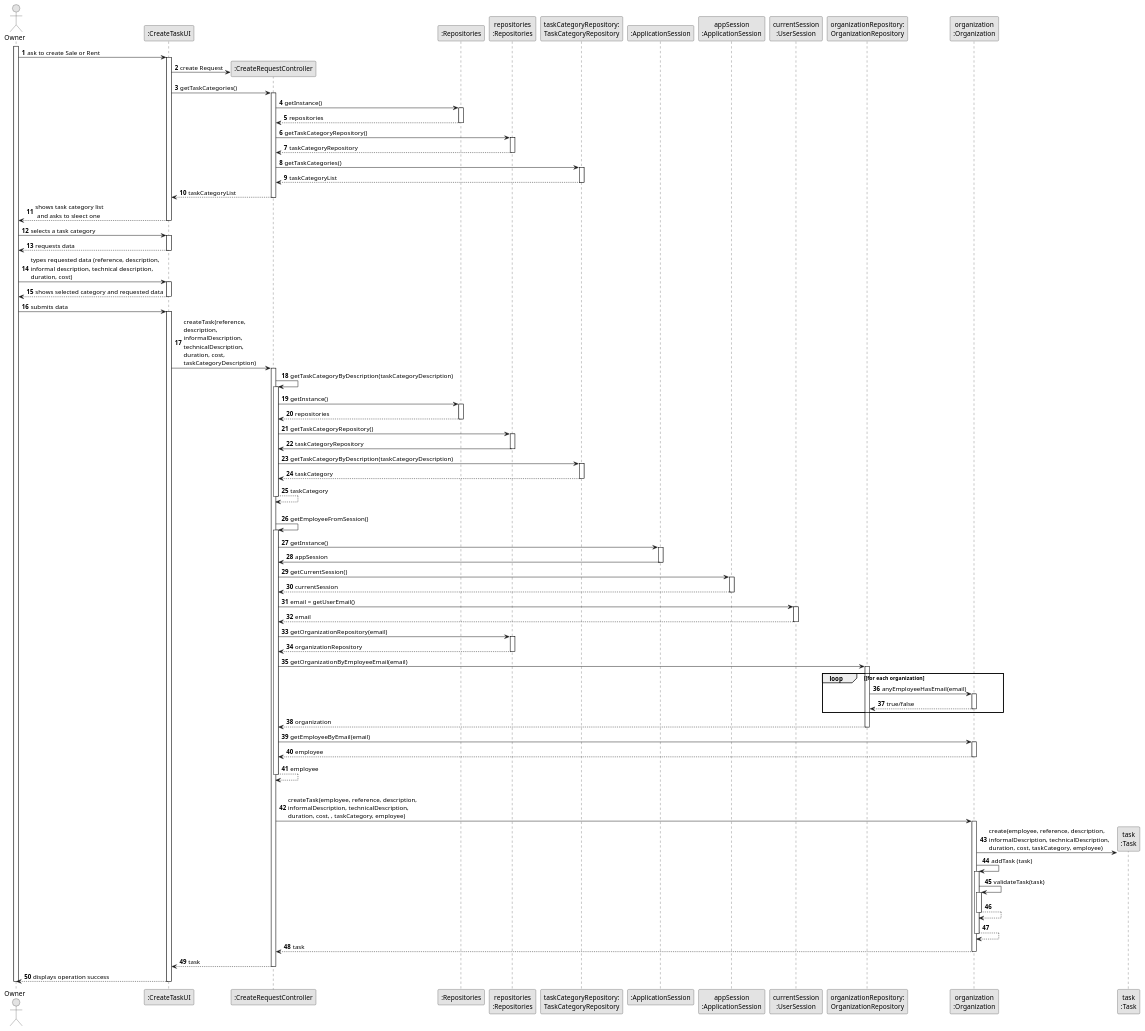
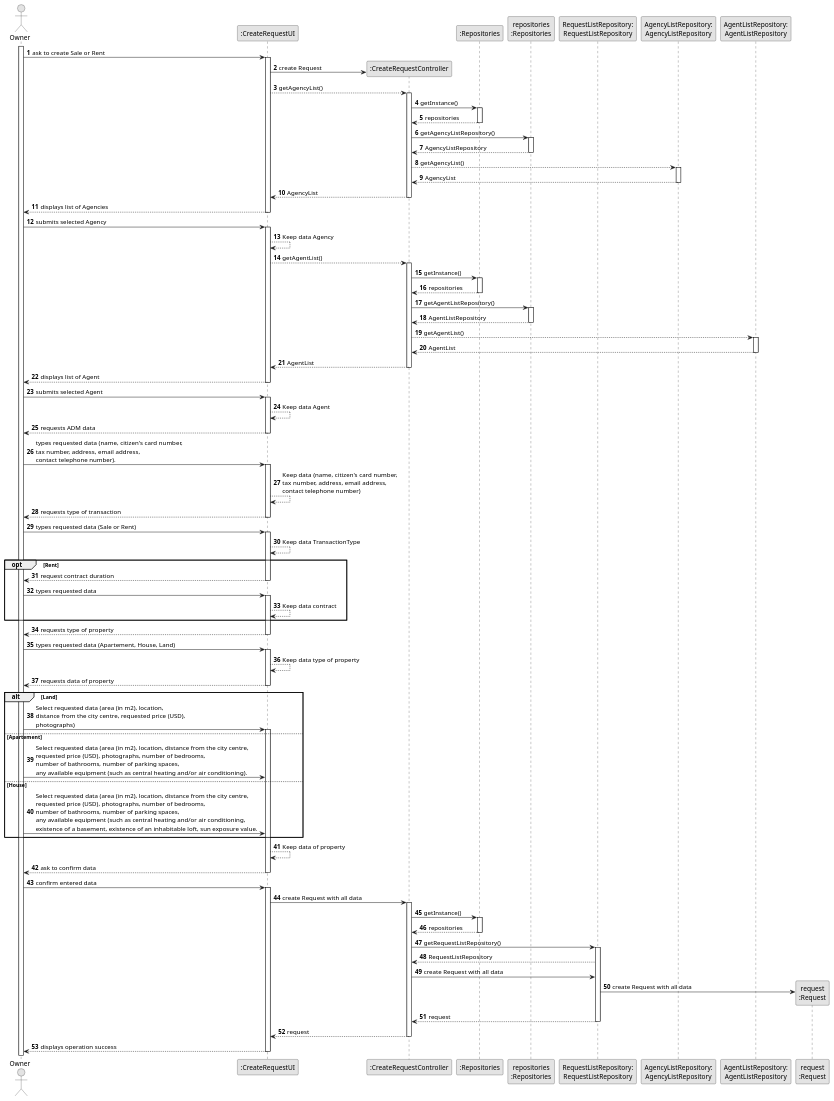
The diagram in docs/sprintB/us004/03.design/puml/us004-sequence-diagram-full.puml (Goncalves2525/real-estate-management-system), drawn with PlantUML before and after one commit. The commit also changed 2 other files, not shown here.

```diff
--- a/docs/sprintB/us004/03.design/puml/us004-sequence-diagram-full.puml
+++ b/docs/sprintB/us004/03.design/puml/us004-sequence-diagram-full.puml
@@ -1,179 +1,182 @@
 @startuml
 skinparam monochrome true
 skinparam packageStyle rectangle
 skinparam shadowing false
 
 autonumber
 
 'hide footbox
 actor "Owner" as ADM
-participant ":CreateTaskUI" as UI
+participant ":CreateRequestUI" as UI
 participant ":CreateRequestController" as CTRL
 participant ":Repositories" as RepositorySingleton
 participant "repositories\n:Repositories" as PLAT
-participant "taskCategoryRepository:\nTaskCategoryRepository" as TaskCategoryRepository
-participant ":ApplicationSession" as _APP
-participant "appSession\n:ApplicationSession" as APP
-participant "currentSession\n:UserSession" as SESSAO
-participant "organizationRepository:\nOrganizationRepository" as OrganizationRepository
-participant "organization\n:Organization" as ORG
-participant "task\n:Task" as TAREFA
+participant "RequestListRepository:\nRequestListRepository" as RequestListRepository
+participant "AgencyListRepository:\nAgencyListRepository" as AgencyListRepository
+participant "AgentListRepository:\nAgentListRepository" as AgentListRepository
+'participant "OwnerListRepository:\nOwnerListRepository" as OwnerListRepository
+participant "request\n:Request" as REQUEST
+
 
 activate ADM
 
         ADM -> UI : ask to create Sale or Rent
 
         activate UI
 
+            UI -> CTRL** : create Request
+                UI --> CTRL : getAgencyList()
+                activate CTRL
 
-            UI -> CTRL** : create Request
+                 CTRL -> RepositorySingleton : getInstance()
 
-            UI -> CTRL : getTaskCategories()
-            activate CTRL
+                 activate RepositorySingleton
 
-                CTRL -> RepositorySingleton : getInstance()
-                activate RepositorySingleton
+                 RepositorySingleton --> CTRL: repositories
 
-                    RepositorySingleton --> CTRL: repositories
-                deactivate RepositorySingleton
+                 deactivate RepositorySingleton
 
-                CTRL -> PLAT : getTaskCategoryRepository()
-                activate PLAT
+                  CTRL -> PLAT : getAgencyListRepository()
+                  activate PLAT
 
-                    PLAT --> CTRL: taskCategoryRepository
-                deactivate PLAT
+                  PLAT --> CTRL: AgencyListRepository
+                  deactivate PLAT
 
-                CTRL -> TaskCategoryRepository : getTaskCategories()
-                activate TaskCategoryRepository
+                CTRL --> AgencyListRepository : getAgencyList()
 
-                    TaskCategoryRepository --> CTRL : taskCategoryList
-                deactivate TaskCategoryRepository
+                activate AgencyListRepository
 
-                CTRL --> UI : taskCategoryList
-            deactivate CTRL
+                AgencyListRepository --> CTRL : AgencyList
 
-            UI --> ADM : shows task category list\n and asks to sleect one
-        deactivate UI
+                deactivate AgencyListRepository
+                CTRL--> UI : AgencyList
+                deactivate
 
-    ADM -> UI : selects a task category
-    activate UI
+                UI --> ADM : displays list of Agencies
 
-        UI --> ADM : requests data
-    deactivate UI
+                deactivate  UI
 
-    ADM -> UI : types requested data (reference, description, \ninformal description, technical description,\nduration, cost)
-    activate UI
+                    ADM -> UI :submits selected Agency
 
-        UI --> ADM : shows selected category and requested data
-    deactivate UI
+                activate UI
+                UI --> UI : Keep data Agency
+                UI --> CTRL : getAgentList()
+                activate CTRL
 
-    ADM -> UI : submits data
-    activate UI
+                 CTRL -> RepositorySingleton : getInstance()
 
-        UI -> CTRL : createTask(reference,\ndescription,\ninformalDescription,\ntechnicalDescription,\nduration, cost,\ntaskCategoryDescription)
-        activate CTRL
+                 activate RepositorySingleton
 
-            CTRL -> CTRL : getTaskCategoryByDescription(taskCategoryDescription)
-            activate CTRL
+                 RepositorySingleton --> CTRL: repositories
 
-                CTRL -> RepositorySingleton : getInstance()
-                activate RepositorySingleton
+                 deactivate RepositorySingleton
 
-                    RepositorySingleton --> CTRL: repositories
-                deactivate RepositorySingleton
+                 CTRL -> PLAT : getAgentListRepository()
+                 activate PLAT
 
-                CTRL -> PLAT : getTaskCategoryRepository()
-                activate PLAT
-
-                    PLAT -> CTRL : taskCategoryRepository
-                deactivate PLAT
-
-                CTRL -> TaskCategoryRepository : getTaskCategoryByDescription(taskCategoryDescription)
-                activate TaskCategoryRepository
-
-                    TaskCategoryRepository --> CTRL : taskCategory
-                deactivate TaskCategoryRepository
-                    CTRL --> CTRL : taskCategory
-            deactivate CTRL
-
-            |||
-            CTRL -> CTRL : getEmployeeFromSession()
-            activate CTRL
-
-                CTRL -> _APP: getInstance()
-                activate _APP
-                    _APP -> CTRL: appSession
-                deactivate _APP
+                 PLAT --> CTRL: AgentListRepository
+                 deactivate PLAT
 
 
-                CTRL -> APP: getCurrentSession()
-                activate APP
 
-                    APP --> CTRL: currentSession
-                deactivate APP
+                CTRL --> AgentListRepository : getAgentList()
+                activate AgentListRepository
 
-                CTRL -> SESSAO: email = getUserEmail()
-                activate SESSAO
+                AgentListRepository --> CTRL : AgentList
+                deactivate AgentListRepository
+                CTRL--> UI : AgentList
+                deactivate CTRL
 
-                    SESSAO --> CTRL: email
-                deactivate SESSAO
+                UI --> ADM :displays list of Agent
+                deactivate UI
 
 
-                CTRL -> PLAT: getOrganizationRepository(email)
-                activate PLAT
-
-                    PLAT --> CTRL: organizationRepository
-                deactivate PLAT
+                ADM -> UI : submits selected Agent
+                activate UI
+                UI --> UI : Keep data Agent
 
 
-                CTRL -> OrganizationRepository: getOrganizationByEmployeeEmail(email)
-                activate OrganizationRepository
+                'UI --> : getOwnerListCharactristics()
 
-                    loop [for each organization
-                        OrganizationRepository -> ORG : anyEmployeeHasEmail(email)
-                        activate ORG
+                UI --> ADM : requests ADM data
+                deactivate UI
 
-                             ORG --> OrganizationRepository : true/false
-                        deactivate ORG
-                    end
-                    OrganizationRepository --> CTRL : organization
-                deactivate OrganizationRepository
+                    ADM -> UI : types requested data (name, citizen's card number, \ntax number, address, email address, \ncontact telephone number).
 
-                CTRL -> ORG: getEmployeeByEmail(email)
-                activate ORG
+                activate UI
 
-                    ORG --> CTRL : employee
-                deactivate ORG
+                    UI --> UI : Keep data (name, citizen's card number, \ntax number, address, email address, \ncontact telephone number)
+                    'UI --> : getTransactionType()
+                    UI --> ADM : requests type of transaction
 
-                CTRL --> CTRL : employee
-            deactivate CTRL
+                    deactivate UI
+                    ADM -> UI : types requested data (Sale or Rent)
 
-            |||
-            CTRL -> ORG: createTask(employee, reference, description,\ninformalDescription, technicalDescription,\nduration, cost, , taskCategory, employee)
-            activate ORG
+                activate UI
+                    UI --> UI : Keep data TransactionType
 
-                ORG -> TAREFA**: create(employee, reference, description,\ninformalDescription, technicalDescription,\nduration, cost, taskCategory, employee)
-                ORG -> ORG: addTask (task)
+                opt Rent
+                 '   UI --> : getContractDuration()
+                    UI --> ADM: request contract duration
+                    deactivate UI
+
+                    ADM -> UI: types requested data
+                    activate UI
+                    UI --> UI : Keep data contract
+                end
+                    'UI --> : getPropertyTypeList()
+                    UI --> ADM : requests type of property
+                deactivate UI
+
+                    ADM -> UI : types requested data (Apartement, House, Land)
+                activate UI
+
+                       UI --> UI : Keep data type of property
+                        UI --> ADM : requests data of property
+                deactivate UI
+
+                alt  Land
+
+                    ADM -> UI: Select requested data (area (in m2), location, \ndistance from the city centre, requested price (USD), \nphotographs)
+                activate UI
+                else  Apartement
+                    ADM -> UI: Select requested data (area (in m2), location, distance from the city centre, \nrequested price (USD), photographs, number of bedrooms,\nnumber of bathrooms, number of parking spaces,\nany available equipment (such as central heating and/or air conditioning).
+                else  House
+                    ADM -> UI: Select requested data (area (in m2), location, distance from the city centre, \nrequested price (USD), photographs, number of bedrooms,\nnumber of bathrooms, number of parking spaces,\nany available equipment (such as central heating and/or air conditioning, \nexistence of a basement, existence of an inhabitable loft, sun exposure value.
+                end
+                UI --> UI : Keep data of property
+
+                        UI --> ADM : ask to confirm data
+                deactivate UI
+
+                        ADM -> UI: confirm entered data
+                activate UI
+                UI -> CTRL : create Request with all data
+                activate CTRL
+                CTRL -> RepositorySingleton : getInstance()
+
+                 activate RepositorySingleton
+
+                 RepositorySingleton --> CTRL: repositories
+
+                 deactivate RepositorySingleton
+
+                 CTRL -> RequestListRepository : getRequestListRepository()
+                 activate RequestListRepository
+
+                 RequestListRepository --> CTRL : RequestListRepository
+                 CTRL -> RequestListRepository : create Request with all data
+
+                 RequestListRepository -> REQUEST**: create Request with all data
+                 RequestListRepository --> CTRL : request
+
+                 deactivate RequestListRepository
+
+                 CTRL --> UI :request
+                 deactivate CTRL
+
+                    UI --> ADM : displays operation success
+                deactivate UI
 
 
-                activate ORG
-                    ORG -> ORG: validateTask(task)
-                    activate ORG
-                        ORG --> ORG
-                    deactivate ORG
-
-                    ORG --> ORG
-                deactivate ORG
-
-                ORG --> CTRL : task
-
-            deactivate ORG
-
-            CTRL --> UI: task
-            deactivate CTRL
-            UI --> ADM: displays operation success
-    deactivate UI
-
-deactivate ADM
-
-@enduml
+            @enduml
```
